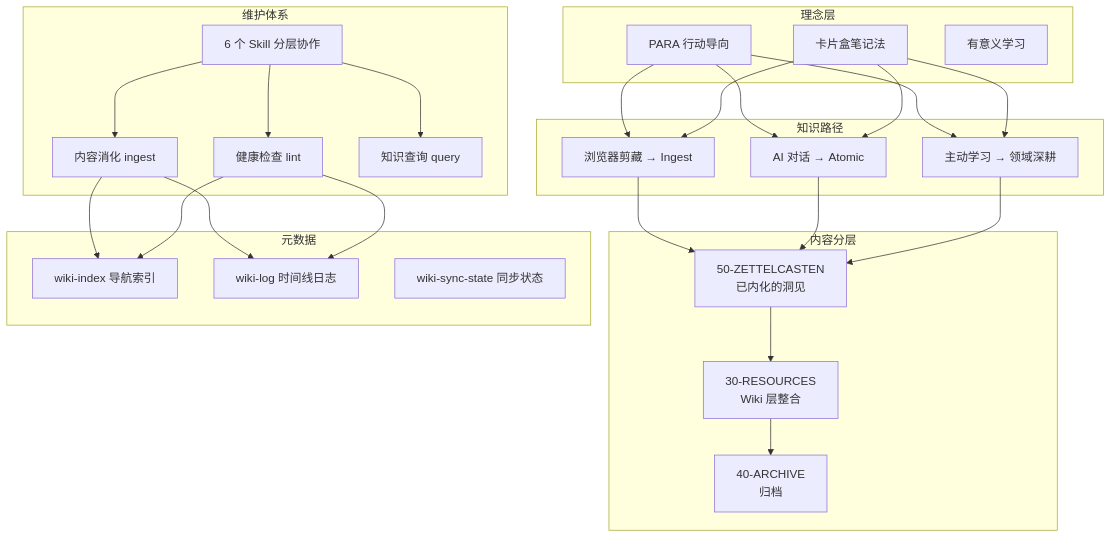
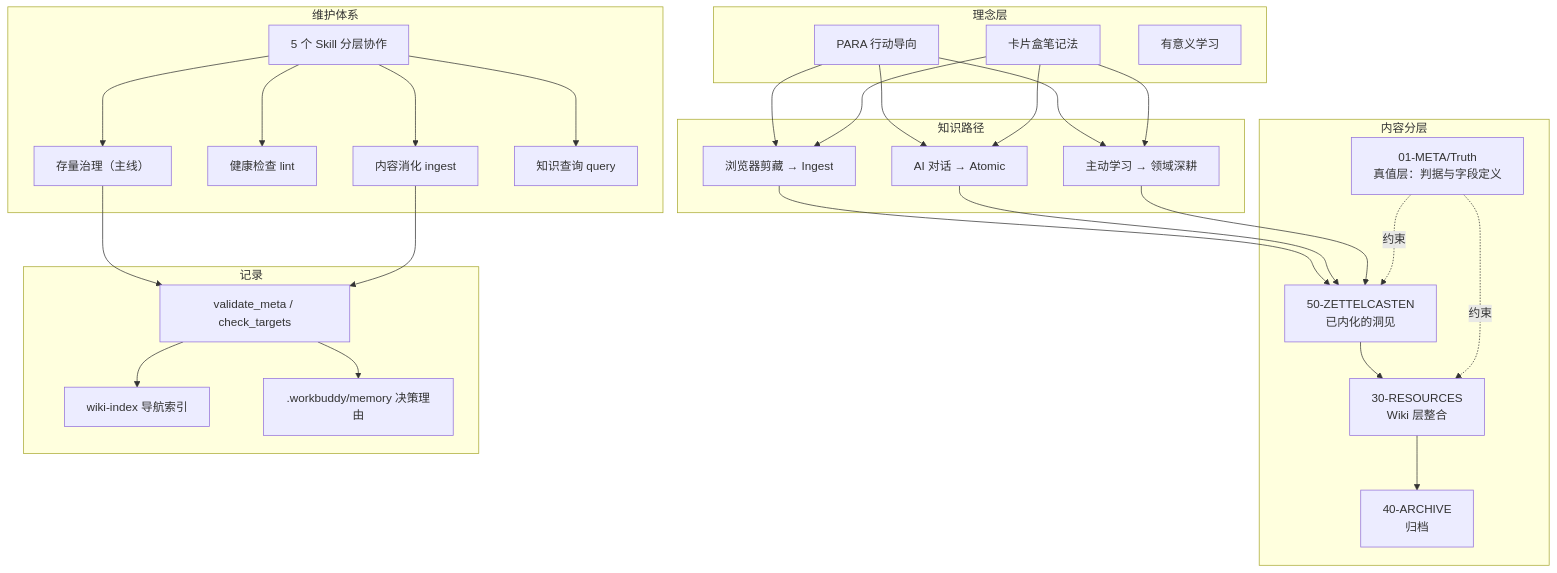
The diagram in content/01-META/Guide/本库指南.md (pedyc/dg.pedyc), drawn with Mermaid before and after one commit. The commit also changed other lines of this file and 33 other files, not shown here.

````diff
--- a/content/01-META/Guide/本库指南.md
+++ b/content/01-META/Guide/本库指南.md
@@ -168,39 +168,45 @@
 ```mermaid
 flowchart TB
     subgraph 理念层
         PARA[PARA 行动导向]
         ZK[卡片盒笔记法]
         ML[有意义学习]
     end
 
     subgraph 知识路径
         PATH1[浏览器剪藏 → Ingest]
         PATH2[AI 对话 → Atomic]
         PATH3[主动学习 → 领域深耕]
     end
 
     subgraph 内容分层
         RAW[50-ZETTELCASTEN<br/>已内化的洞见]
         WIKI[30-RESOURCES<br/>Wiki 层整合]
+        TRUTH[01-META/Truth<br/>真值层：判据与字段定义]
         ARCHIVE[40-ARCHIVE<br/>归档]
     end
 
     subgraph 维护体系
-        SKILL[6 个 Skill 分层协作]
+        SKILL[5 个 Skill 分层协作]
+        GOV[存量治理（主线）]
         LINT[健康检查 lint]
         INGEST[内容消化 ingest]
         QUERY[知识查询 query]
     end
 
-    subgraph 元数据
+    subgraph 记录
         INDEX[wiki-index 导航索引]
-        LOG[wiki-log 时间线日志]
-        STATE[wiki-sync-state 同步状态]
+        VERIFY[validate_meta / check_targets]
+        MEMORY[.workbuddy/memory 决策理由]
     end
 
     PARA --> PATH1 & PATH2 & PATH3
     ZK --> PATH1 & PATH2 & PATH3
-    PATH1 & PATH2 & PATH3 --> RAW --> WIKI --> ARCHIVE
-    SKILL --> INGEST & LINT & QUERY
-    INGEST & LINT --> INDEX & LOG
+    PATH1 & PATH2 & PATH3 --> RAW
+    RAW --> WIKI
+    TRUTH -.约束.-> RAW & WIKI
+    WIKI --> ARCHIVE
+    SKILL --> GOV & INGEST & LINT & QUERY
+    GOV & INGEST --> VERIFY
+    VERIFY --> INDEX & MEMORY
 ```
````
